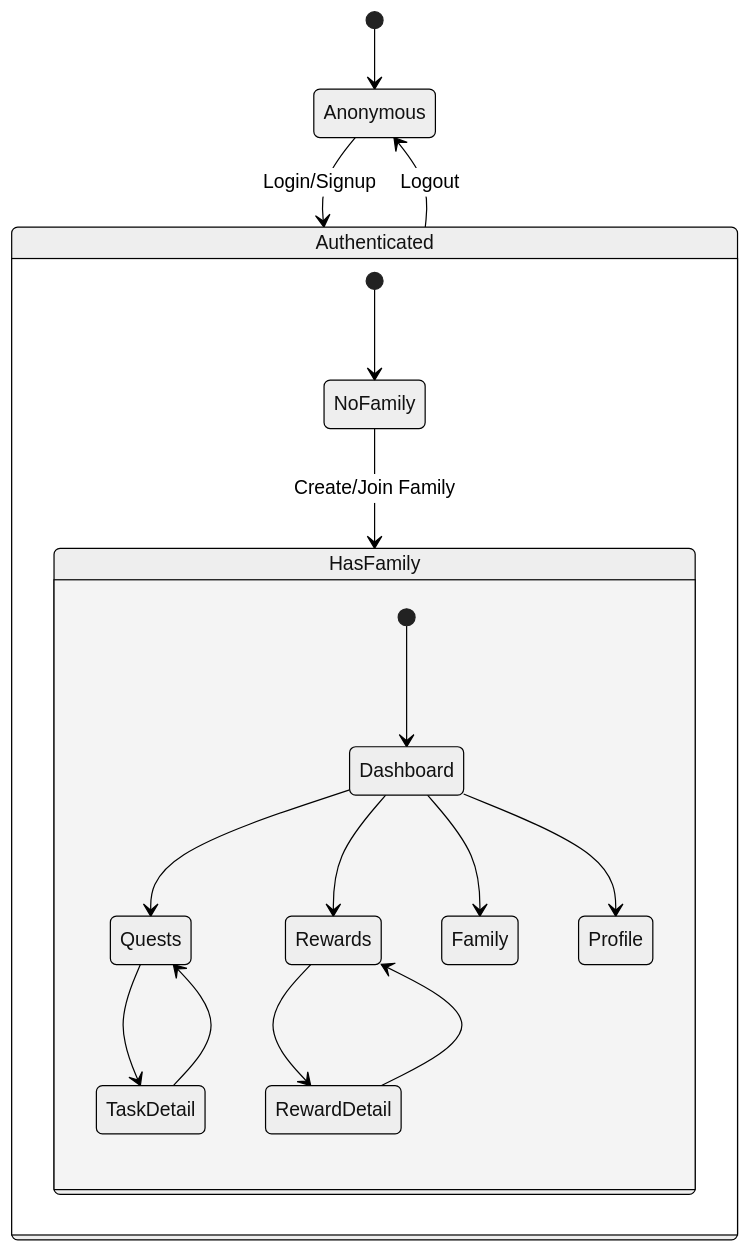
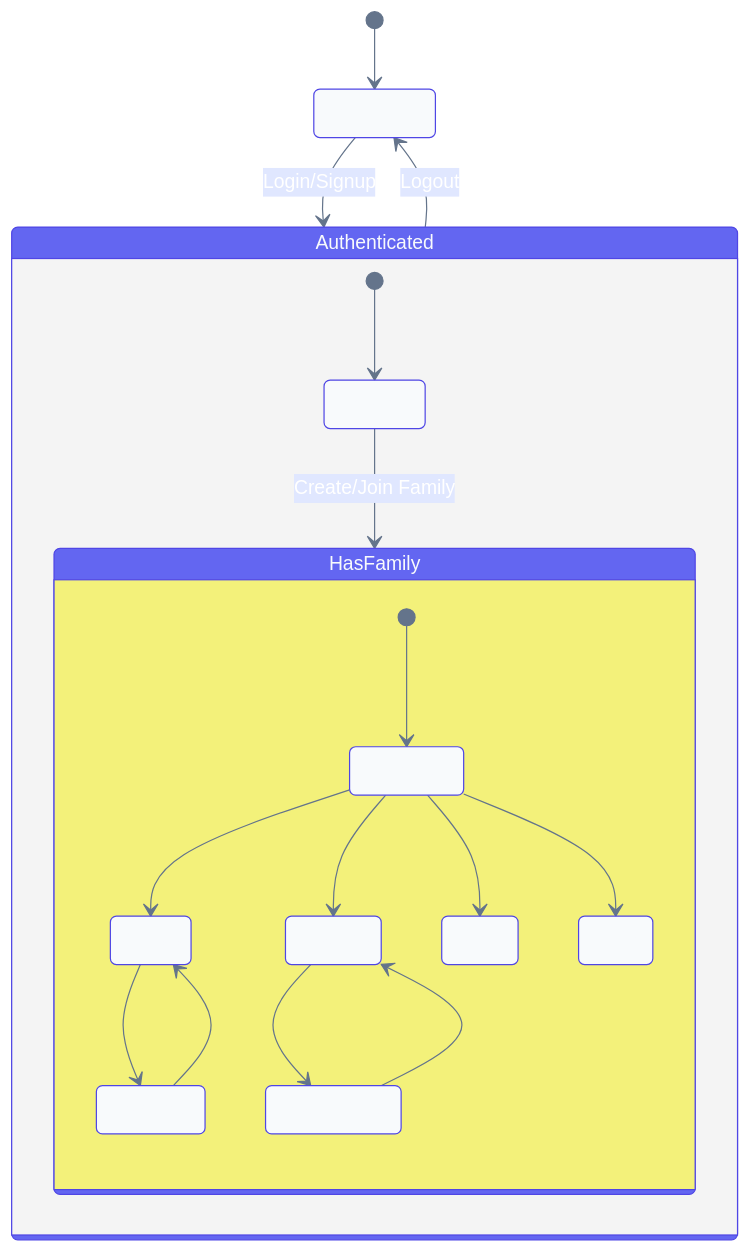
One commit to anisha-agarwal/chore-champions changed the sixth of 9 diagrams in docs/ARCHITECTURE.md. Above: the diagram before and after it, drawn with Mermaid. The commit also changed other lines of this file and 2 other files, not shown here.

First line of the commit message:
Improve Mermaid diagram contrast for dark mode

````diff
--- a/docs/ARCHITECTURE.md
+++ b/docs/ARCHITECTURE.md
@@ -176,27 +176,27 @@
 ```mermaid
-%%{init: {'theme': 'neutral'}}%%
+%%{init: {'theme': 'base', 'themeVariables': {'primaryColor': '#6366f1', 'primaryTextColor': '#fff', 'primaryBorderColor': '#4f46e5', 'lineColor': '#64748b', 'secondaryColor': '#e0e7ff', 'stateBkg': '#f8fafc', 'stateBorder': '#94a3b8'}}}%%
 stateDiagram-v2
     [*] --> Anonymous
 
     Anonymous --> Authenticated: Login/Signup
     Authenticated --> Anonymous: Logout
 
     state Authenticated {
         [*] --> NoFamily
         NoFamily --> HasFamily: Create/Join Family
 
         state HasFamily {
             [*] --> Dashboard
             Dashboard --> Quests
             Dashboard --> Rewards
             Dashboard --> Family
             Dashboard --> Profile
 
             Quests --> TaskDetail
             TaskDetail --> Quests
 
             Rewards --> RewardDetail
             RewardDetail --> Rewards
         }
     }
 ```
````
